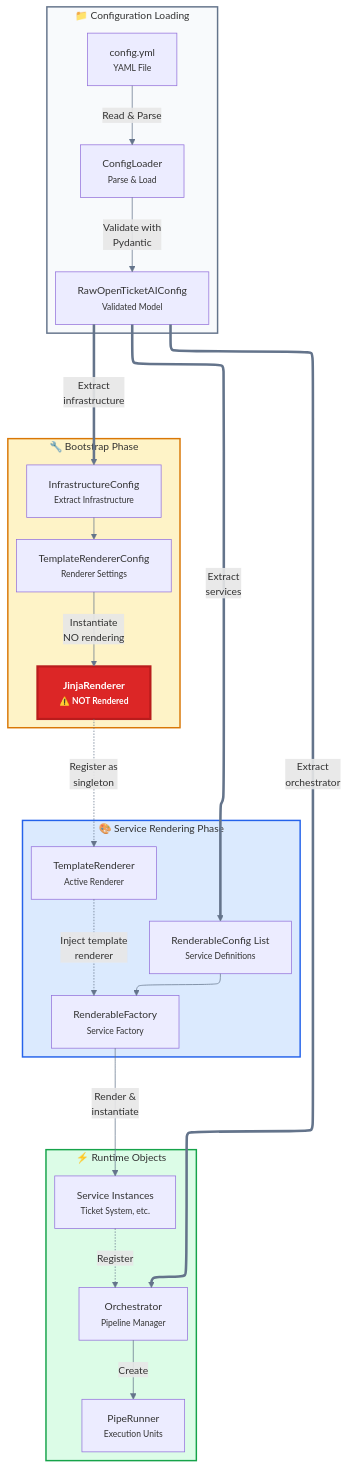
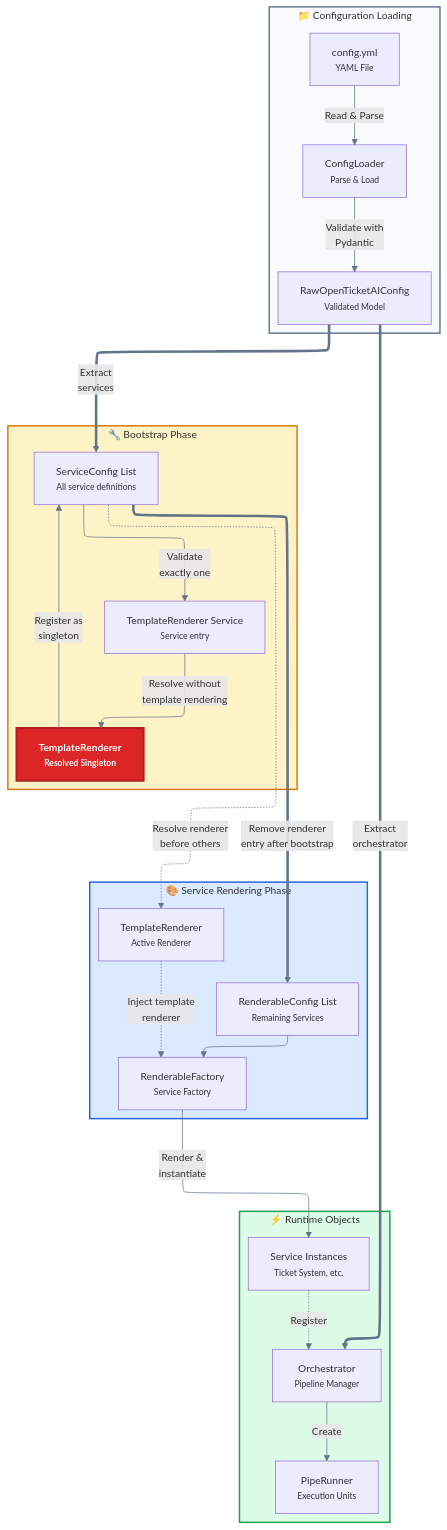
The first of 2 diagrams in docs/docs_src/en/concepts/config_rendering.md (Softoft-Orga/open-ticket-ai), drawn with Mermaid before and after one commit. The commit also changed other lines of this file, not shown here.

Commit message:
Document TemplateRenderer service bootstrap

````diff
--- a/docs/docs_src/en/concepts/config_rendering.md
+++ b/docs/docs_src/en/concepts/config_rendering.md
@@ -34,70 +36,71 @@
 ```mermaid
 %%{init:{
   "flowchart":{
     "defaultRenderer":"elk",
     "htmlLabels":true,
     "curve":"basis"
   },
   "themeVariables":{
     "fontSize":"14px",
     "fontFamily":"system-ui, -apple-system, sans-serif",
     "primaryColor":"#3b82f6",
     "primaryTextColor":"#fff",
     "lineColor":"#64748b"
   }
 }}%%
 flowchart TB
 %% ===================== CONFIGURATION LOADING =====================
     subgraph LOAD["📁 Configuration Loading"]
         direction TB
         YAML["config.yml<br/><small>YAML File</small>"]
         Loader["ConfigLoader<br/><small>Parse & Load</small>"]
         RawConfig["RawOpenTicketAIConfig<br/><small>Validated Model</small>"]
         YAML -->|Read & Parse| Loader
         Loader -->|Validate with<br/>Pydantic| RawConfig
     end
 
 %% ===================== BOOTSTRAP PHASE =====================
     subgraph BOOT["🔧 Bootstrap Phase"]
         direction TB
-        InfraConfig["InfrastructureConfig<br/><small>Extract Infrastructure</small>"]
-        RendererConfig["TemplateRendererConfig<br/><small>Renderer Settings</small>"]
-        BootstrapRenderer["JinjaRenderer<br/><small>⚠️ NOT Rendered</small>"]:::critical
-        InfraConfig --> RendererConfig
-        RendererConfig -->|Instantiate<br/>NO rendering| BootstrapRenderer
+        ServiceDefs["ServiceConfig List<br/><small>All service definitions</small>"]
+        RendererDef["TemplateRenderer Service<br/><small>Service entry</small>"]
+        BootstrapRenderer["TemplateRenderer<br/><small>Resolved Singleton</small>"]:::critical
+        ServiceDefs -->|Validate<br/>exactly one| RendererDef
+        RendererDef -->|Resolve without<br/>template rendering| BootstrapRenderer
+        BootstrapRenderer -->|Register as<br/>singleton| ServiceDefs
     end
 
 %% ===================== SERVICE RENDERING PHASE =====================
     subgraph RENDER["🎨 Service Rendering Phase"]
         direction TB
         Renderer["TemplateRenderer<br/><small>Active Renderer</small>"]
         Factory["RenderableFactory<br/><small>Service Factory</small>"]
-        ServiceConfigs["RenderableConfig List<br/><small>Service Definitions</small>"]
-        BootstrapRenderer -.->|Register as<br/>singleton| Renderer
+        ServiceConfigs["RenderableConfig List<br/><small>Remaining Services</small>"]
+        ServiceDefs -.->|Resolve renderer<br/>before others| Renderer
         ServiceConfigs --> Factory
         Renderer -.->|Inject template<br/>renderer| Factory
     end
 
 %% ===================== RUNTIME OBJECTS =====================
     subgraph RUNTIME["⚡ Runtime Objects"]
         direction TB
         Services["Service Instances<br/><small>Ticket System, etc.</small>"]
         Orchestrator["Orchestrator<br/><small>Pipeline Manager</small>"]
         Runners["PipeRunner<br/><small>Execution Units</small>"]
         Factory -->|Render &<br/>instantiate| Services
         Services -.->|Register| Orchestrator
         Orchestrator -->|Create| Runners
     end
 
 %% ===================== MAIN FLOW =====================
-    RawConfig ==>|Extract<br/>infrastructure| InfraConfig
-    RawConfig ==>|Extract<br/>services| ServiceConfigs
+    RawConfig ==>|Extract<br/>services| ServiceDefs
+    ServiceDefs ==>|Remove renderer<br/>entry after bootstrap| ServiceConfigs
     RawConfig ==>|Extract<br/>orchestrator| Orchestrator
 %% ===================== STYLES =====================
     classDef critical fill: #dc2626, stroke: #b91c1c, stroke-width: 3px, color: #fff, font-weight: bold
 %% ===================== SUBGRAPH STYLES =====================
     style LOAD fill: #f8fafc, stroke: #64748b, stroke-width: 2px
     style BOOT fill: #fef3c7, stroke: #d97706, stroke-width: 2px
     style RENDER fill: #dbeafe, stroke: #2563eb, stroke-width: 2px
     style RUNTIME fill: #dcfce7, stroke: #16a34a, stroke-width: 2px
 ```
````
